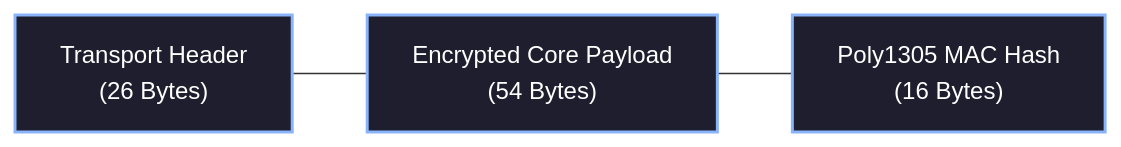
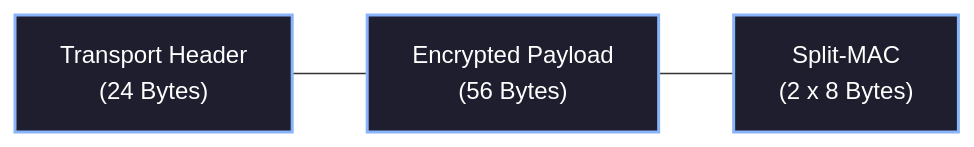
One commit to qshosfw/hermes changed the diagram in src/docs/content/docs/rfc/05-transport-layer.mdx. Above: the diagram before and after it, drawn with Mermaid. The commit also changed other lines of this file and 24 other files, not shown here.

````diff
--- a/src/docs/content/docs/rfc/05-transport-layer.mdx
+++ b/src/docs/content/docs/rfc/05-transport-layer.mdx
@@ -18,5 +18,5 @@
 ```mermaid
 graph LR
-    A["Transport Header<br>(26 Bytes)"] --- B["Encrypted Core Payload<br>(54 Bytes)"] --- C["Poly1305 MAC Hash<br>(16 Bytes)"]
+    A["Transport Header<br>(24 Bytes)"] --- B["Encrypted Payload<br>(56 Bytes)"] --- C["Split-MAC<br>(2 x 8 Bytes)"]
     classDef default fill:#1e1e2e,stroke:#89b4fa,stroke-width:2px,color:white;
 ```
````
